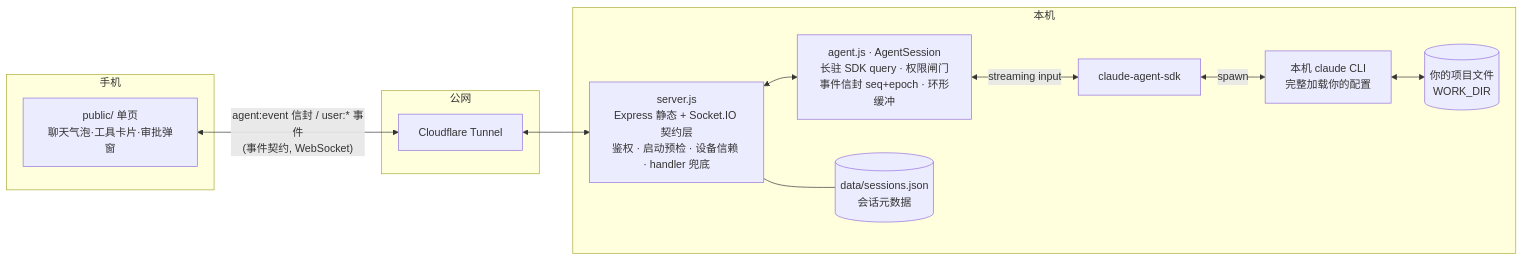
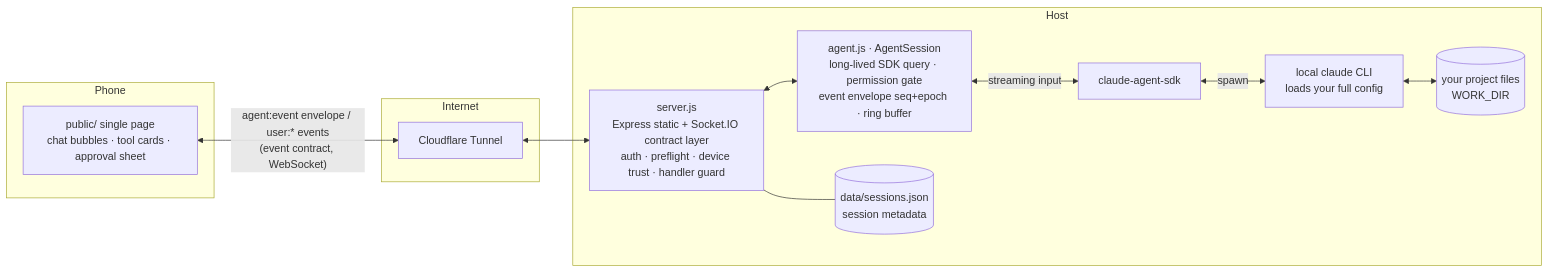
One commit to Ike-li/claude-chat-mobile changed the diagram in README.md. Above: the diagram before and after it, drawn with Mermaid. The commit also changed other lines of this file and 5 other files, not shown here.

````diff
--- a/README.md
+++ b/README.md
@@ -142,21 +144,21 @@
 ```mermaid
 graph LR
-    subgraph 手机
-        UI[public/ 单页<br/>聊天气泡·工具卡片·审批弹窗]
+    subgraph Phone
+        UI[public/ single page<br/>chat bubbles · tool cards · approval sheet]
     end
-    subgraph 公网
+    subgraph Internet
         CF[Cloudflare Tunnel]
     end
-    subgraph 本机
-        S[server.js<br/>Express 静态 + Socket.IO 契约层<br/>鉴权 · 启动预检 · 设备信赖 · handler 兜底]
-        A[agent.js · AgentSession<br/>长驻 SDK query · 权限闸门<br/>事件信封 seq+epoch · 环形缓冲]
-        J[(data/sessions.json<br/>会话元数据)]
+    subgraph Host
+        S[server.js<br/>Express static + Socket.IO contract layer<br/>auth · preflight · device trust · handler guard]
+        A[agent.js · AgentSession<br/>long-lived SDK query · permission gate<br/>event envelope seq+epoch · ring buffer]
+        J[(data/sessions.json<br/>session metadata)]
         SDK[claude-agent-sdk]
-        CLI[本机 claude CLI<br/>完整加载你的配置]
-        FS[(你的项目文件<br/>WORK_DIR)]
+        CLI[local claude CLI<br/>loads your full config]
+        FS[(your project files<br/>WORK_DIR)]
     end
-    UI <-->|"agent:event 信封 / user:* 事件<br/>(事件契约, WebSocket)"| CF <--> S
+    UI <-->|"agent:event envelope / user:* events<br/>(event contract, WebSocket)"| CF <--> S
     S <--> A
     A <-->|streaming input| SDK <-->|spawn| CLI <--> FS
     S --- J
 ```
````
